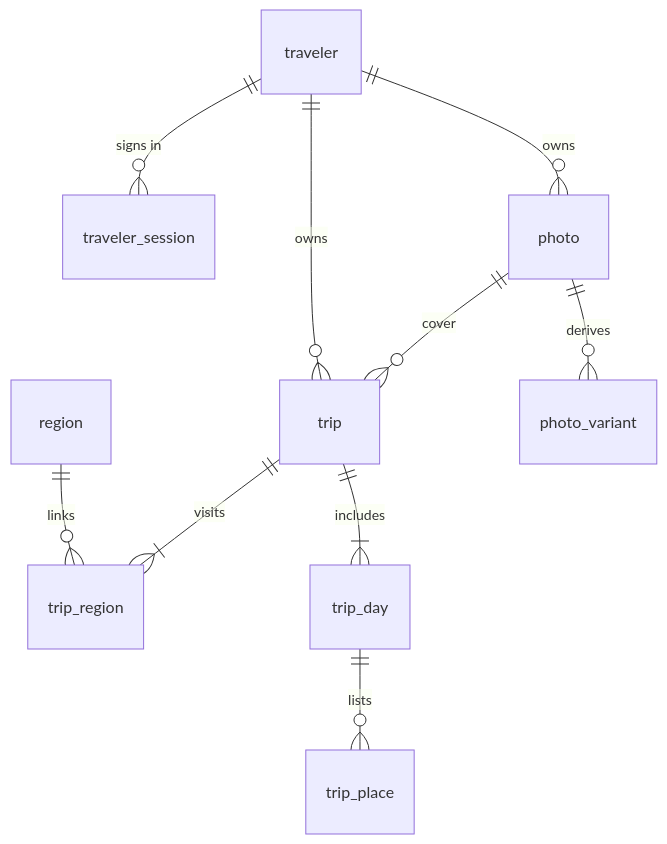
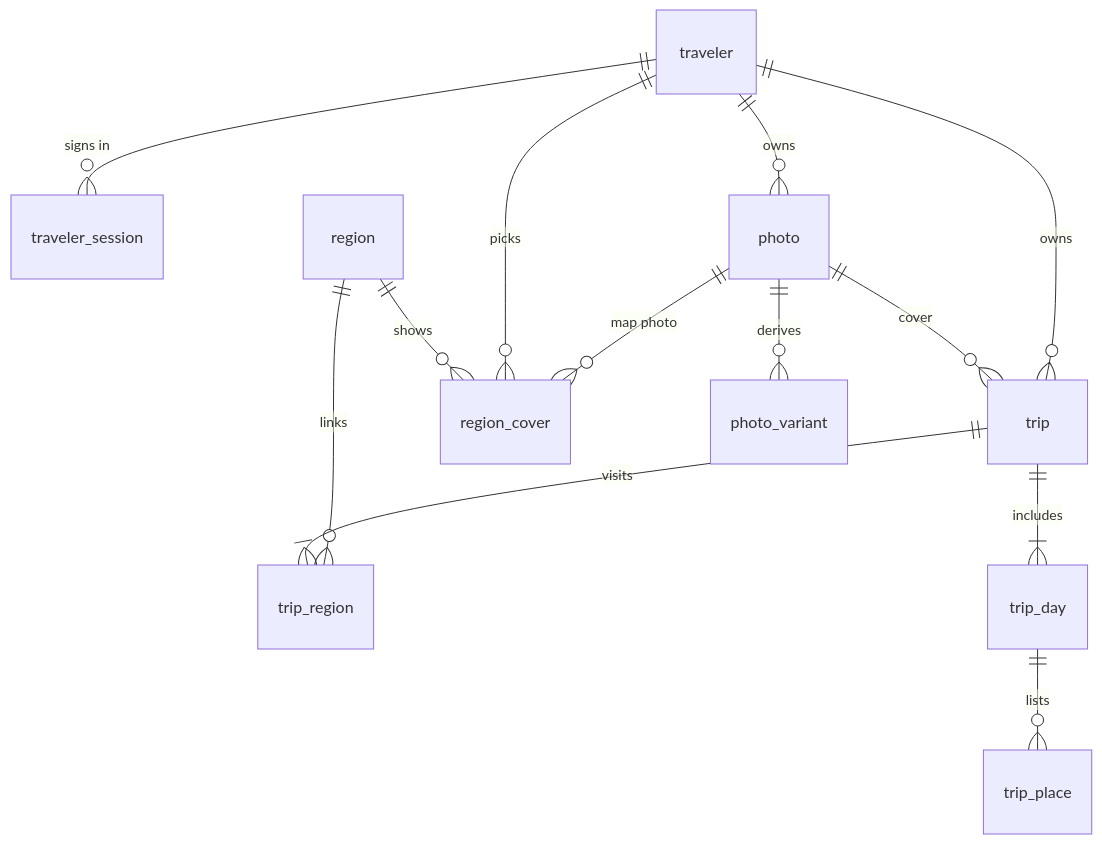
The diagram in docs/DATABASE.md (Ohhaeseo/chaeumdo), drawn with Mermaid before and after one commit. The commit also changed other lines of this file and 13 other files, not shown here.

First line of the commit message:
Let travelers pick their own photo for each 시·도 on the national map

````diff
--- a/docs/DATABASE.md
+++ b/docs/DATABASE.md
@@ -11,12 +11,15 @@
 ```mermaid
 erDiagram
   traveler ||--o{ traveler_session : "signs in"
   traveler ||--o{ trip : owns
   traveler ||--o{ photo : owns
   region ||--o{ trip_region : links
   trip ||--|{ trip_region : visits
   photo ||--o{ trip : cover
+  photo ||--o{ region_cover : "map photo"
+  traveler ||--o{ region_cover : picks
+  region ||--o{ region_cover : shows
   photo ||--o{ photo_variant : derives
   trip ||--|{ trip_day : includes
   trip_day ||--o{ trip_place : lists
 ```
````
